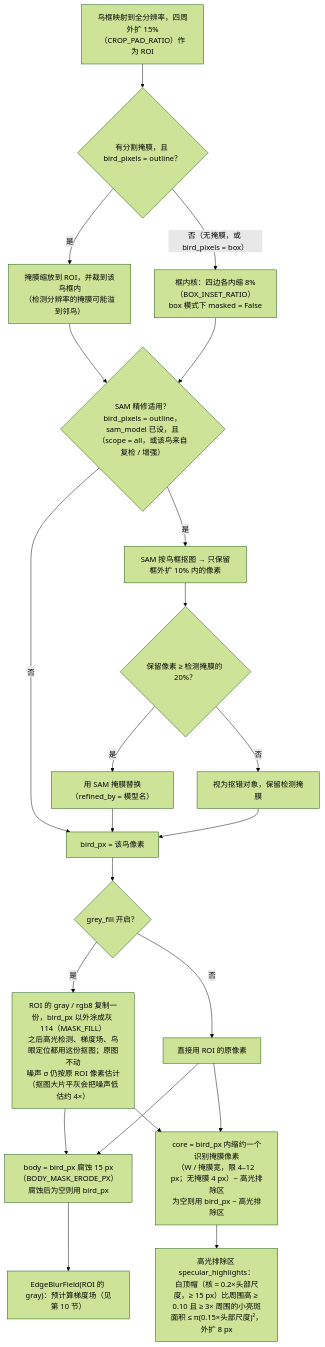
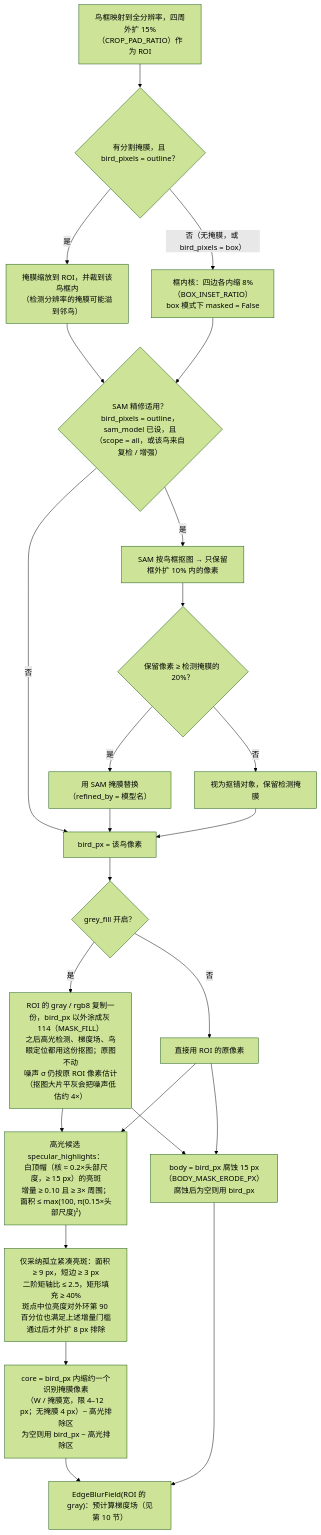
One commit to OscarKing888/SuperBirdTools changed the eighth of 19 diagrams in docs/bird_sharpness_flowchart.md. Above: the diagram before and after it, drawn with Mermaid (forest theme). The commit also changed other lines of this file and 13 other files, not shown here.

````diff
--- a/docs/bird_sharpness_flowchart.md
+++ b/docs/bird_sharpness_flowchart.md
@@ -258,26 +258,28 @@
 ```mermaid
 flowchart TD
     A["鸟框映射到全分辨率，四周外扩 15%（CROP_PAD_RATIO）作为 ROI"] --> B{"有分割掩膜，且 bird_pixels = outline？"}
     B -->|是| C["掩膜缩放到 ROI，并裁到该鸟框内<br/>（检测分辨率的掩膜可能溢到邻鸟）"]
     B -->|否（无掩膜，或 bird_pixels = box）| D["框内核：四边各内缩 8%（BOX_INSET_RATIO）<br/>box 模式下 masked = False"]
     C --> E{"SAM 精修适用？<br/>bird_pixels = outline，sam_model 已设，且（scope = all，或该鸟来自复检 / 增强）"}
     D --> E
     E -->|是| F["SAM 按鸟框抠图 → 只保留框外扩 10% 内的像素"]
     F --> G{"保留像素 ≥ 检测掩膜的 20%？"}
     G -->|是| H["用 SAM 掩膜替换（refined_by = 模型名）"]
     G -->|否| I["视为抠错对象，保留检测掩膜"]
     E -->|否| J
     H --> J["bird_px = 该鸟像素"]
     I --> J
     J --> GF{"grey_fill 开启？"}
     GF -->|是| GF1["ROI 的 gray / rgb8 复制一份，bird_px 以外涂成灰 114（MASK_FILL）<br/>之后高光检测、梯度场、鸟眼定位都用这份抠图；原图不动<br/>噪声 σ 仍按原 ROI 像素估计（抠图大片平灰会把噪声低估约 4×）"]
     GF -->|否| GF2["直接用 ROI 的原像素"]
     GF1 --> K
     GF2 --> K
     GF1 --> K2
     GF2 --> K2
     K["body = bird_px 腐蚀 15 px（BODY_MASK_ERODE_PX）<br/>腐蚀后为空则用 bird_px"]
-    K2["core = bird_px 内缩约一个识别掩膜像素<br/>（W / 掩膜宽，限 4–12 px；无掩膜 4 px）− 高光排除区<br/>为空则用 bird_px − 高光排除区"]
-    K2 --> K3["高光排除区 specular_highlights：<br/>白顶帽（核 ≈ 0.2×头部尺度，≥ 15 px）比周围高 ≥ 0.10 且 ≥ 3× 周围的小亮斑<br/>面积 ≤ π(0.15×头部尺度)²，外扩 8 px"]
+    K2["高光候选 specular_highlights：<br/>白顶帽（核 ≈ 0.2×头部尺度，≥ 15 px）的亮斑<br/>增量 ≥ 0.10 且 ≥ 3× 周围；面积 ≤ max(100, π(0.15×头部尺度)²)"]
+    K2 --> K3["仅采纳孤立紧凑亮斑：面积 ≥ 9 px，短边 ≥ 3 px<br/>二阶矩轴比 ≤ 2.5，矩形填充 ≥ 40%<br/>斑点中位亮度对外环第 90 百分位也满足上述增量门槛<br/>通过后才外扩 8 px 排除"]
+    K3 --> K4["core = bird_px 内缩约一个识别掩膜像素<br/>（W / 掩膜宽，限 4–12 px；无掩膜 4 px）− 高光排除区<br/>为空则用 bird_px − 高光排除区"]
+    K4 --> L
     K --> L["EdgeBlurField(ROI 的 gray)：预计算梯度场（见第 10 节）"]
 ```
````
